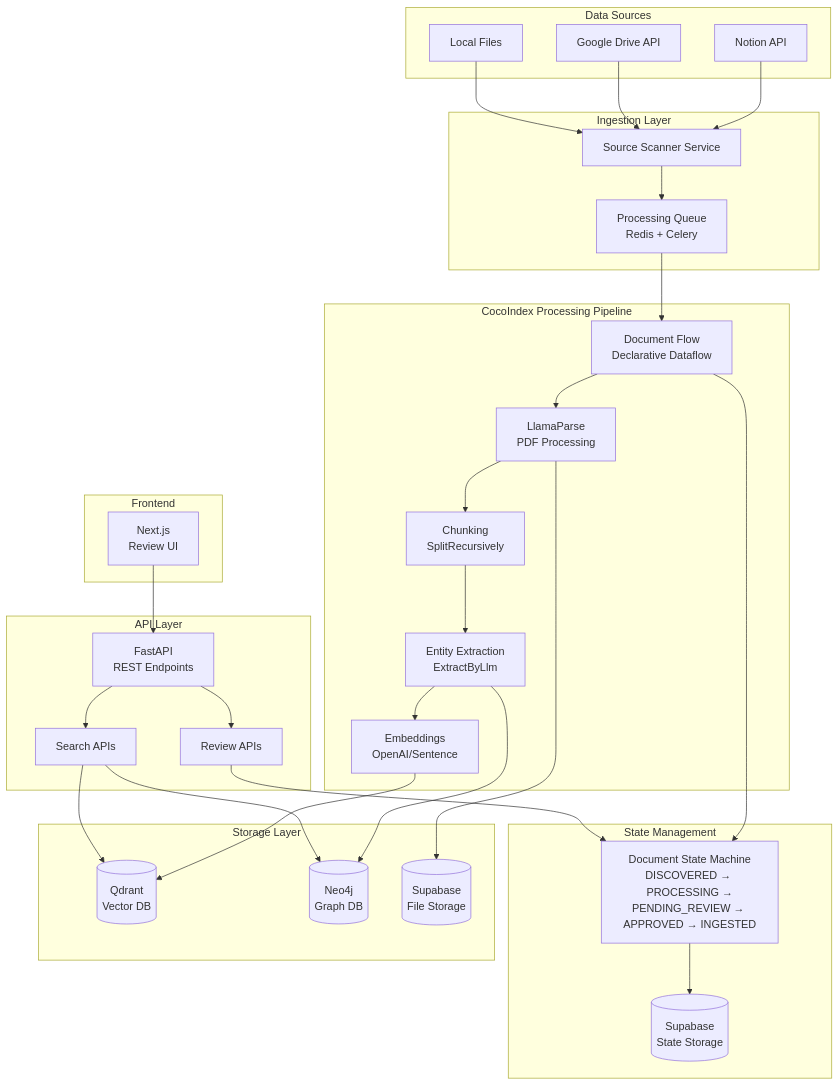
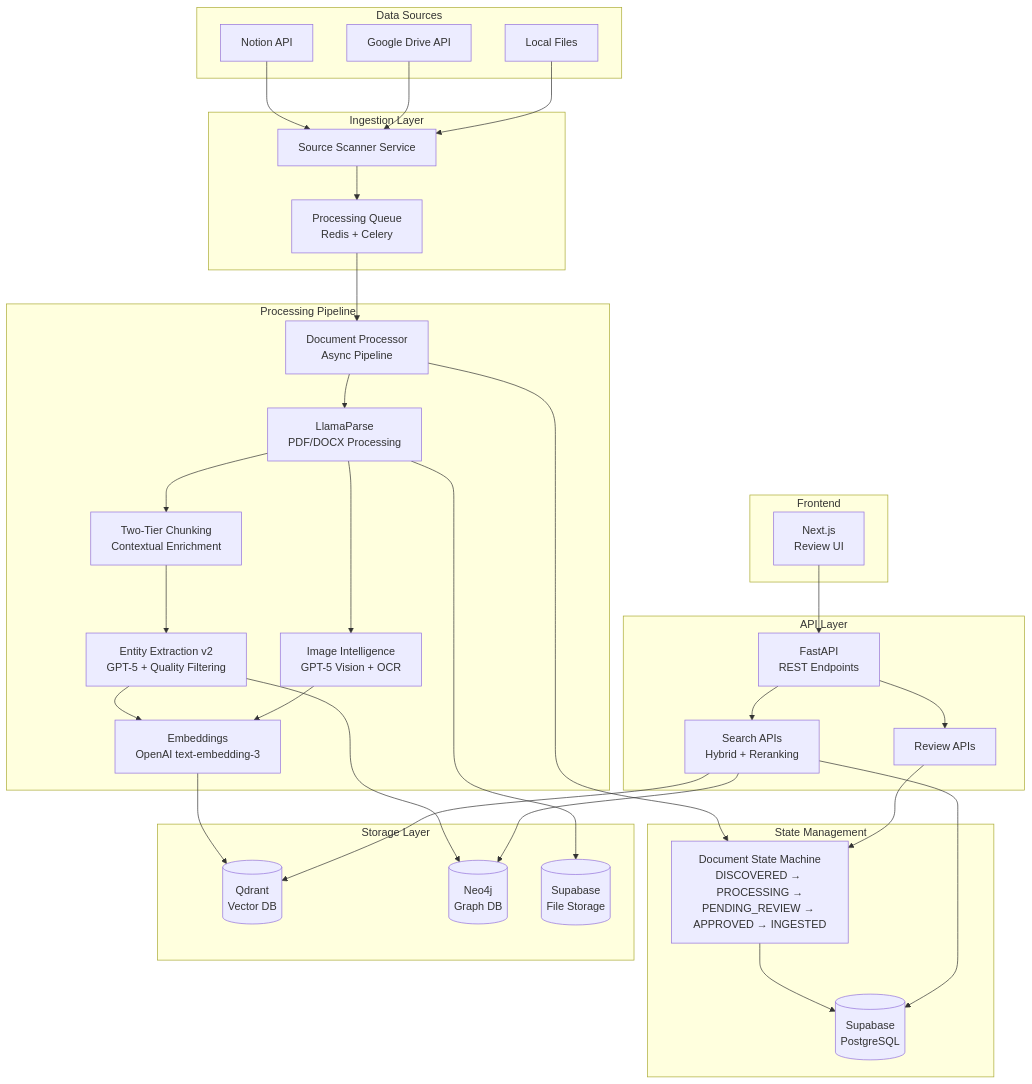
One commit to ThomasZwart92/cocoindex-data-ingestion changed the diagram in architecture.md. Above: the diagram before and after it, drawn with Mermaid. The commit also changed other lines of this file and 140 other files, not shown here.

````diff
--- a/architecture.md
+++ b/architecture.md
@@ -5,63 +5,67 @@
 ```mermaid
 graph TB
     subgraph "Data Sources"
         NOTION[Notion API]
         GDRIVE[Google Drive API]
         LOCAL[Local Files]
     end
     
     subgraph "Ingestion Layer"
         SCANNER[Source Scanner Service]
         QUEUE[Processing Queue<br/>Redis + Celery]
     end
     
-    subgraph "CocoIndex Processing Pipeline"
-        FLOW[Document Flow<br/>Declarative Dataflow]
-        PARSE[LlamaParse<br/>PDF Processing]
-        CHUNK[Chunking<br/>SplitRecursively]
-        EXTRACT[Entity Extraction<br/>ExtractByLlm]
-        EMBED[Embeddings<br/>OpenAI/Sentence]
+    subgraph "Processing Pipeline"
+        FLOW[Document Processor<br/>Async Pipeline]
+        PARSE[LlamaParse<br/>PDF/DOCX Processing]
+        CHUNK[Two-Tier Chunking<br/>Contextual Enrichment]
+        EXTRACT[Entity Extraction v2<br/>GPT-5 + Quality Filtering]
+        EMBED[Embeddings<br/>OpenAI text-embedding-3]
+        VISION[Image Intelligence<br/>GPT-5 Vision + OCR]
     end
     
     subgraph "State Management"
         STATE[Document State Machine<br/>DISCOVERED → PROCESSING →<br/>PENDING_REVIEW → APPROVED → INGESTED]
-        SUPABASE[(Supabase<br/>State Storage)]
+        SUPABASE[(Supabase<br/>PostgreSQL)]
     end
     
     subgraph "Storage Layer"
         QDRANT[(Qdrant<br/>Vector DB)]
         NEO4J[(Neo4j<br/>Graph DB)]
         STORAGE[(Supabase<br/>File Storage)]
     end
     
     subgraph "API Layer"
         FASTAPI[FastAPI<br/>REST Endpoints]
         REVIEW[Review APIs]
-        SEARCH[Search APIs]
+        SEARCH[Search APIs<br/>Hybrid + Reranking]
     end
     
     subgraph "Frontend"
         NEXTJS[Next.js<br/>Review UI]
     end
     
     NOTION --> SCANNER
     GDRIVE --> SCANNER
     LOCAL --> SCANNER
     SCANNER --> QUEUE
     QUEUE --> FLOW
     FLOW --> PARSE
     PARSE --> CHUNK
     CHUNK --> EXTRACT
     EXTRACT --> EMBED
+    PARSE --> VISION
+    VISION --> EMBED
     FLOW --> STATE
     STATE --> SUPABASE
     EMBED --> QDRANT
     EXTRACT --> NEO4J
     PARSE --> STORAGE
     FASTAPI --> REVIEW
     FASTAPI --> SEARCH
     SEARCH --> QDRANT
     SEARCH --> NEO4J
+    SEARCH --> SUPABASE
     NEXTJS --> FASTAPI
     REVIEW --> STATE
 ```
````
